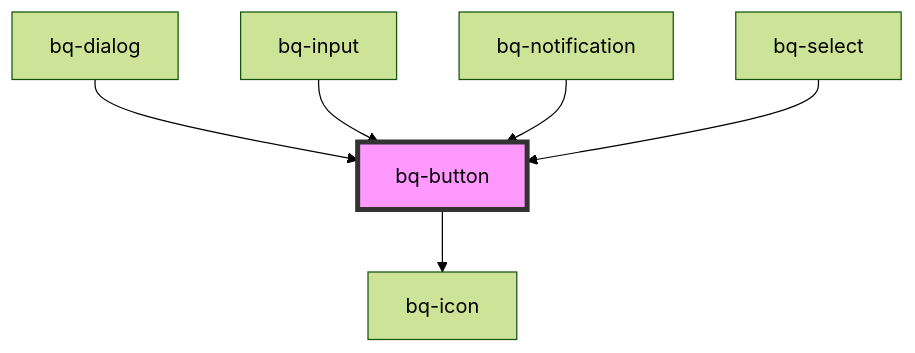
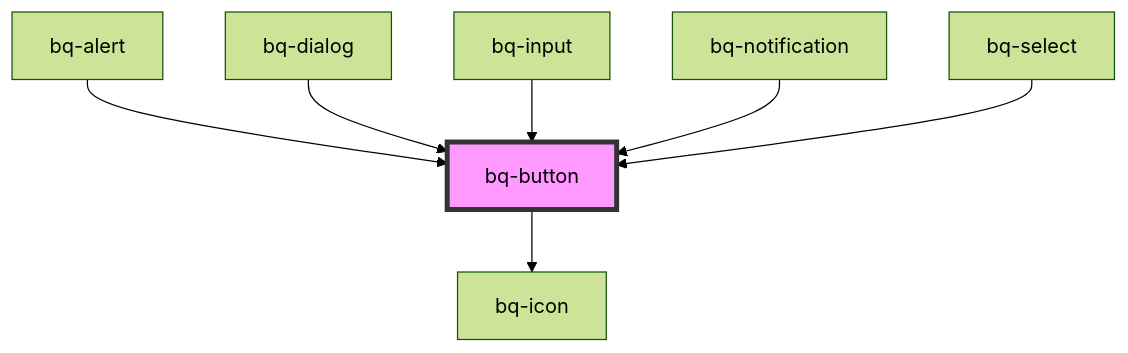
One commit to Endava/BEEQ changed the diagram in packages/beeq/src/components/button/readme.md. Above: the diagram before and after it, drawn with Mermaid (forest theme). The commit also changed other lines of this file and 10 other files, not shown here.

````diff
--- a/packages/beeq/src/components/button/readme.md
+++ b/packages/beeq/src/components/button/readme.md
@@ -62,9 +63,10 @@
 ```mermaid
 graph TD;
   bq-button --> bq-icon
+  bq-alert --> bq-button
   bq-dialog --> bq-button
   bq-input --> bq-button
   bq-notification --> bq-button
   bq-select --> bq-button
   style bq-button fill:#f9f,stroke:#333,stroke-width:4px
 ```
````
